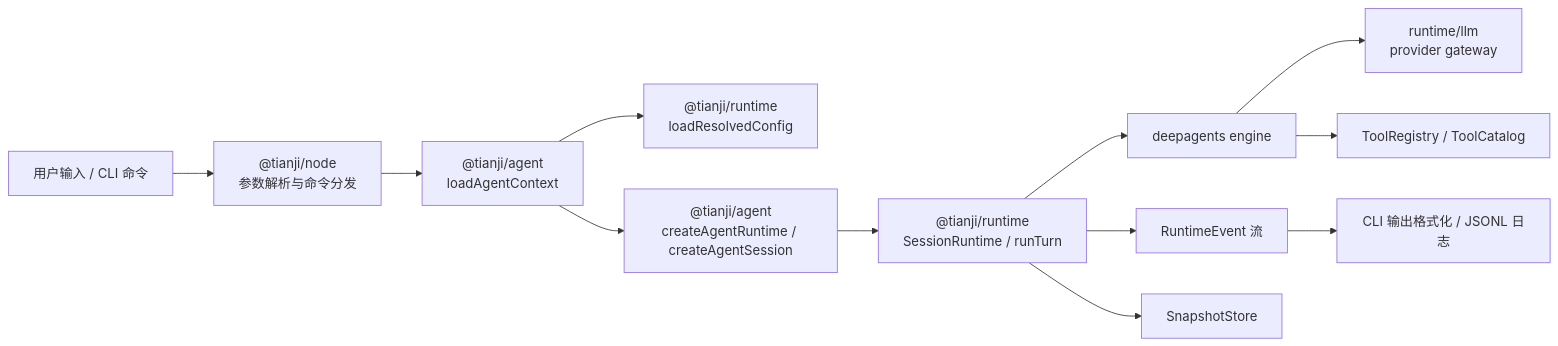
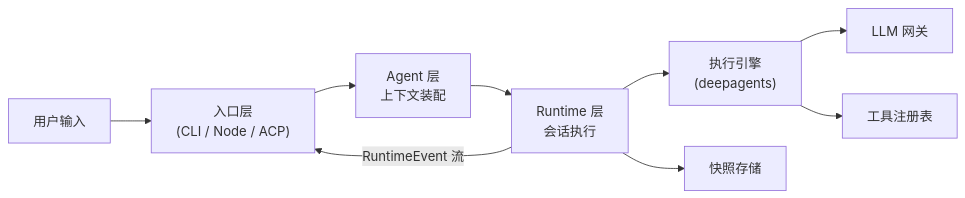
Before and after one commit to SXGC/tianji-ai: the third of 4 diagrams in docs/ARCHITECTURE.md, drawn with Mermaid. The commit also changed other lines of this file and 1 other file, not shown here.

First line of the commit message:
test(controlplane): 提前校验 node e2e 构建前置条件

````diff
--- a/docs/ARCHITECTURE.md
+++ b/docs/ARCHITECTURE.md
@@ -59,14 +66,11 @@
 ```mermaid
 flowchart LR
-    USER["用户输入 / CLI 命令"] --> CLI["@tianji/node\n参数解析与命令分发"]
-    CLI --> AGENTCTX["@tianji/agent\nloadAgentContext"]
-    AGENTCTX --> RCONFIG["@tianji/runtime\nloadResolvedConfig"]
-    AGENTCTX --> ARUNTIME["@tianji/agent\ncreateAgentRuntime / createAgentSession"]
-    ARUNTIME --> SESSION["@tianji/runtime\nSessionRuntime / runTurn"]
-    SESSION --> ENGINE["deepagents engine"]
-    ENGINE --> LLM["runtime/llm\nprovider gateway"]
-    ENGINE --> TOOLS["ToolRegistry / ToolCatalog"]
-    SESSION --> EVENTS["RuntimeEvent 流"]
-    EVENTS --> CLI_OUT["CLI 输出格式化 / JSONL 日志"]
-    SESSION --> SNAPSHOT["SnapshotStore"]
+    INPUT["用户输入"] --> ENTRY["入口层<br/>(CLI / Node / ACP)"]
+    ENTRY --> CTX["Agent 层<br/>上下文装配"]
+    CTX --> RT["Runtime 层<br/>会话执行"]
+    RT --> ENGINE["执行引擎<br/>(deepagents)"]
+    ENGINE --> LLM["LLM 网关"]
+    ENGINE --> TOOLS["工具注册表"]
+    RT -->|RuntimeEvent 流| ENTRY
+    RT --> SNAP["快照存储"]
 ```
````
